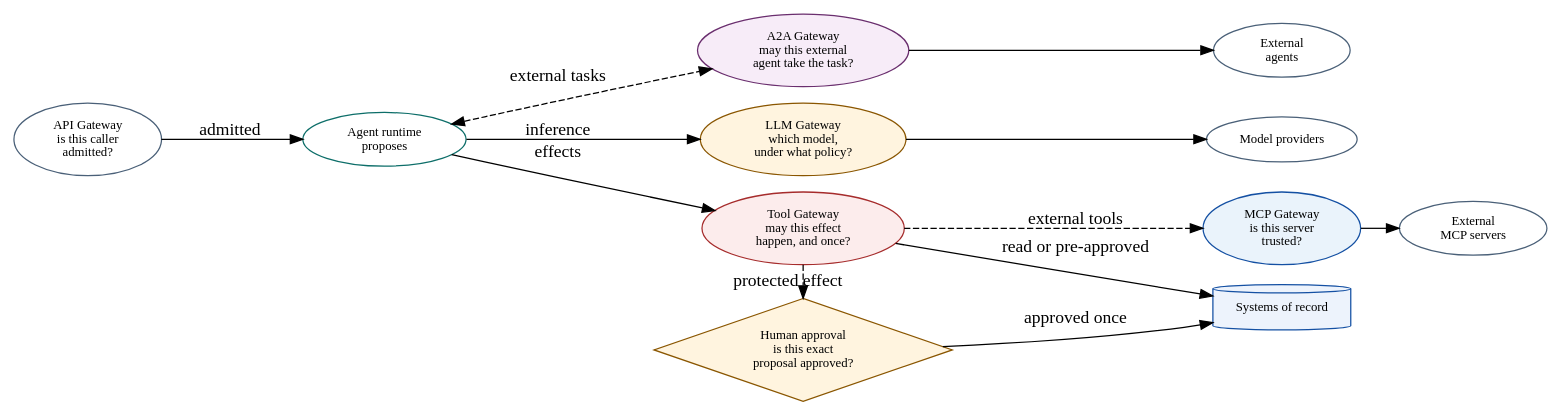
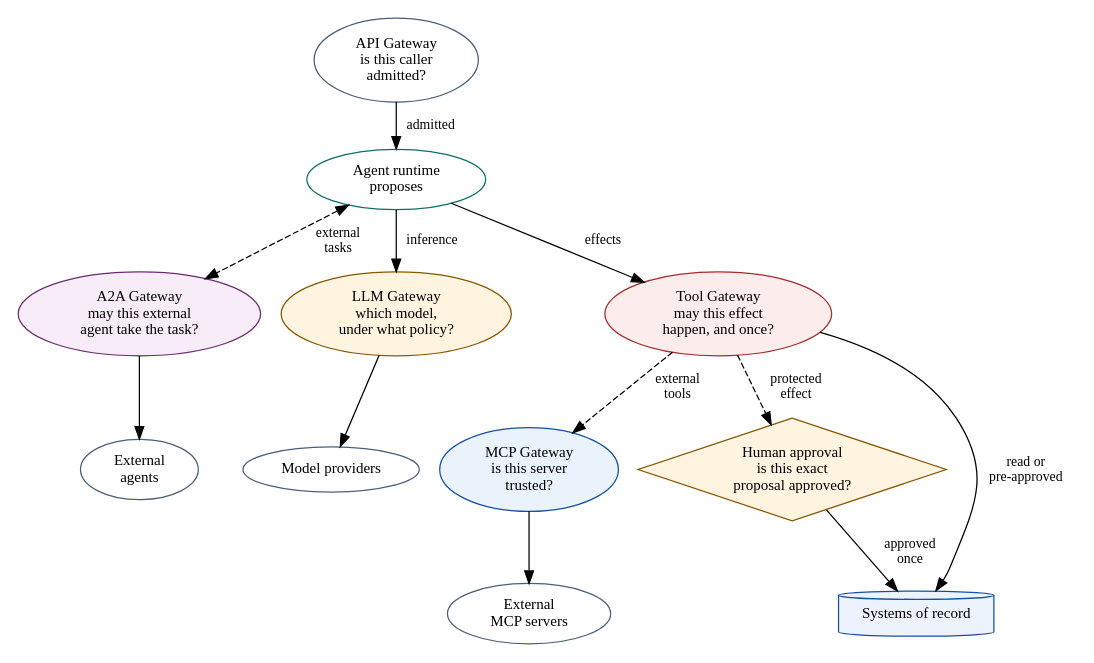
The diagram in assets/diagrams/src/gateway-roles.gv (rrahimi-uci/building-enterprise-general-intelligence), drawn with Graphviz before and after one commit. The commit also changed 84 other files, not shown here.

First line of the commit message:
Fix print-scale figure, cover, and table layout defects (pass 2, P2-C)

```diff
--- a/assets/diagrams/src/gateway-roles.gv
+++ b/assets/diagrams/src/gateway-roles.gv
@@ -1,33 +1,39 @@
 // Figure 1-4 — Control points and the questions they answer.
 // Message: these are not alternatives and none replaces another. An MCP tool
 // call still passes the Tool Gateway, because MCP does not decide authority.
+//
+// Layout: top to bottom. Laid out left to right the figure ran to 16 inches
+// and printed its labels at about 4pt; stacked, each rank holds at most four
+// nodes and the labels print near body size.
 digraph gateway_roles {
-  rankdir = LR
-  graph [ranksep=0.42, nodesep=0.18]
-  node [width=1.52, fontsize=10.2]
+  rankdir = TB
+  graph [ranksep=0.36, nodesep=0.22, pad=0.1]
+  node [width=1.3, fontsize=12, margin="0.10,0.06"]
+  edge [fontsize=11]
 
   agent [label="Agent runtime\nproposes", fillcolor="#E7F5F3", color="#0D6E69"]
   api [label="API Gateway\nis this caller\nadmitted?", fillcolor="#EEF4FA", color="#4A6078"]
   a2a [label="A2A Gateway\nmay this external\nagent take the task?", fillcolor="#F7ECF8", color="#6A2E6E", style=filled]
   llm [label="LLM Gateway\nwhich model,\nunder what policy?", fillcolor="#FFF4DF", color="#8A5600", style=filled]
   tool [label="Tool Gateway\nmay this effect\nhappen, and once?", fillcolor="#FCECEC", color="#A62C2C", style=filled]
   mcp [label="MCP Gateway\nis this server\ntrusted?", fillcolor="#EAF3FB", color="#1450A3", style=filled]
-  approval [label="Human approval\nis this exact\nproposal approved?", fillcolor="#FFF4DF", color="#8A5600", shape=diamond, style=filled]
+  approval [label="Human approval\nis this exact\nproposal approved?", fillcolor="#FFF4DF", color="#8A5600", shape=diamond, style=filled, margin="0.02,0.02"]
   prov [label="Model providers", fillcolor="#EEF4FA", color="#4A6078"]
   ext [label="External\nMCP servers", fillcolor="#EEF4FA", color="#4A6078"]
   peers [label="External\nagents", fillcolor="#EEF4FA", color="#4A6078"]
   sys [label="Systems of record", fillcolor="#EDF3FC", color="#1450A3", shape=cylinder, style=filled]
 
-  api -> agent [label="  admitted  "]
-  agent -> llm [label="  inference  "]
-  agent -> tool [label="  effects  "]
+  api -> agent [label=" admitted"]
+  agent -> llm [label=" inference"]
+  agent -> tool [label=" effects"]
   llm -> prov
-  tool -> sys [label="  read or pre-approved  "]
-  tool -> approval [label="  protected effect  ", style=dashed]
-  approval -> sys [label="  approved once  "]
-  tool -> mcp [label="  external tools  ", style=dashed]
+  tool -> sys [label=" read or\n pre-approved"]
+  tool -> approval [label=" protected\n effect", style=dashed]
+  approval -> sys [label=" approved\n once"]
+  tool -> mcp [label=" external\n tools", style=dashed]
   mcp -> ext
-  agent -> a2a [label="  external tasks  ", style=dashed, dir=both]
+  agent -> a2a [label=" external\n tasks", style=dashed, dir=both]
   a2a -> peers
-  { rank=same; llm; tool; approval }
+  { rank=same; a2a; llm; tool }
+  { rank=same; peers; prov; mcp; approval }
 }
```
